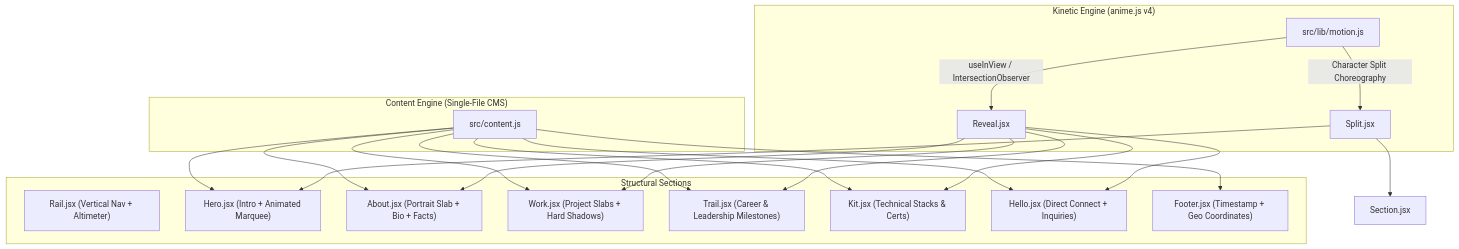
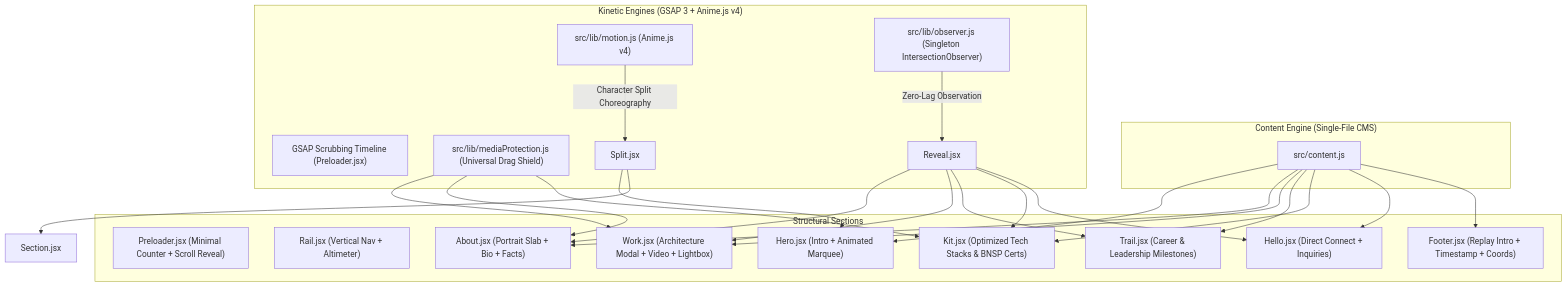
One commit to syubidin/portfolio-react changed the diagram in README.md. Above: the diagram before and after it, drawn with Mermaid. The commit also changed other lines of this file and 20 other files, not shown here.

Commit message:
feat: scroll-driven preloader reveal, performance optimizations, architecture modals, and media asset protection

````diff
--- a/README.md
+++ b/README.md
@@ -77,27 +107,32 @@
 ```mermaid
 graph TD
     subgraph Data Layer ["Content Engine (Single-File CMS)"]
         C["src/content.js"]
     end
 
-    subgraph Motion Layer ["Kinetic Engine (anime.js v4)"]
-        M["src/lib/motion.js"]
-        M -->|useInView / IntersectionObserver| V["Reveal.jsx"]
+    subgraph Motion Layer ["Kinetic Engines (GSAP 3 + Anime.js v4)"]
+        G["GSAP Scrubbing Timeline (Preloader.jsx)"]
+        M["src/lib/motion.js (Anime.js v4)"]
+        O["src/lib/observer.js (Singleton IntersectionObserver)"]
+        P["src/lib/mediaProtection.js (Universal Drag Shield)"]
+        O -->|Zero-Lag Observation| V["Reveal.jsx"]
         M -->|Character Split Choreography| S["Split.jsx"]
     end
 
     subgraph Component Monolith ["Structural Sections"]
+        PL["Preloader.jsx (Minimal Counter + Scroll Reveal)"]
         R["Rail.jsx (Vertical Nav + Altimeter)"]
         H["Hero.jsx (Intro + Animated Marquee)"]
         A["About.jsx (Portrait Slab + Bio + Facts)"]
-        W["Work.jsx (Project Slabs + Hard Shadows)"]
+        W["Work.jsx (Architecture Modal + Video + Lightbox)"]
         T["Trail.jsx (Career & Leadership Milestones)"]
-        K["Kit.jsx (Technical Stacks & Certs)"]
+        K["Kit.jsx (Optimized Tech Stacks & BNSP Certs)"]
         HE["Hello.jsx (Direct Connect + Inquiries)"]
-        F["Footer.jsx (Timestamp + Geo Coordinates)"]
+        F["Footer.jsx (Replay Intro + Timestamp + Coords)"]
     end
 
     C --> H & A & W & T & K & HE & F
     V --> A & W & T & K & HE
     S --> H & Section["Section.jsx"]
+    P --> W & A & K
 ```
````
